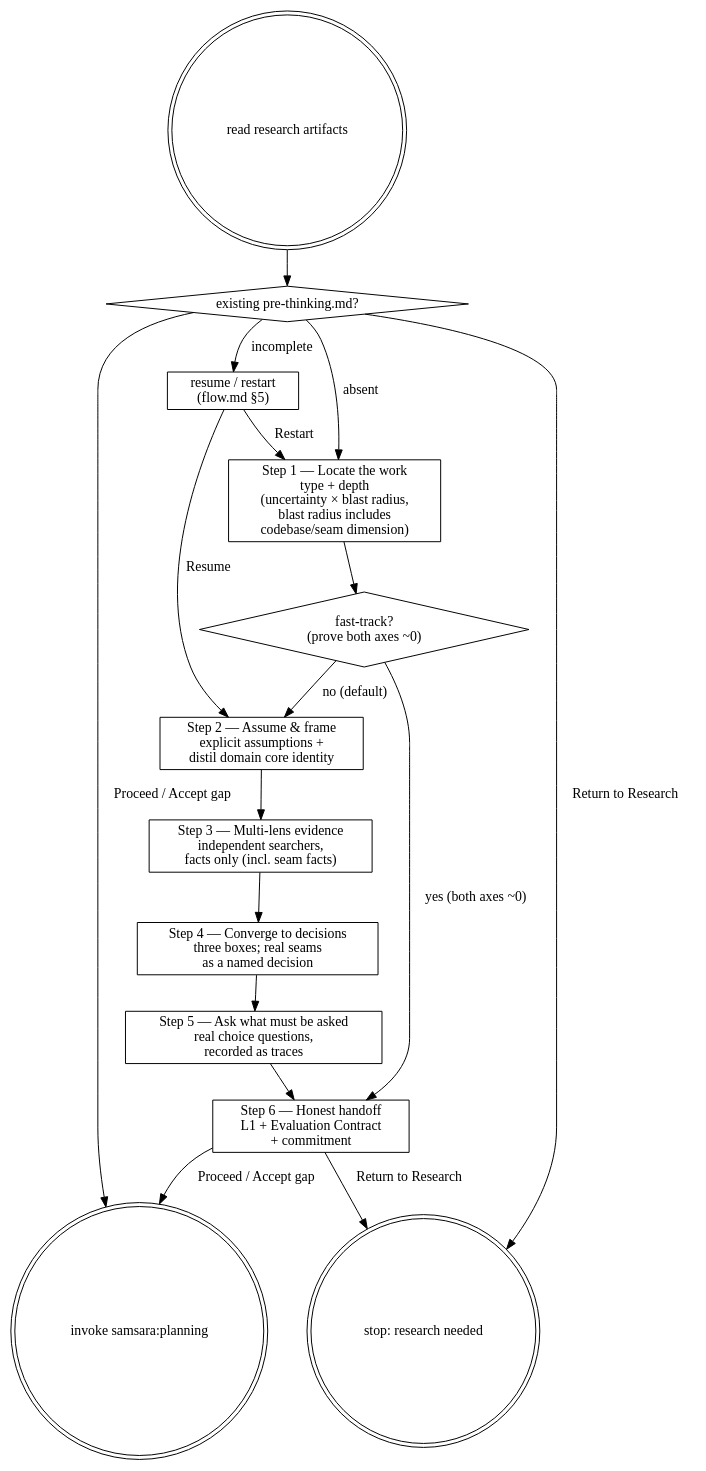
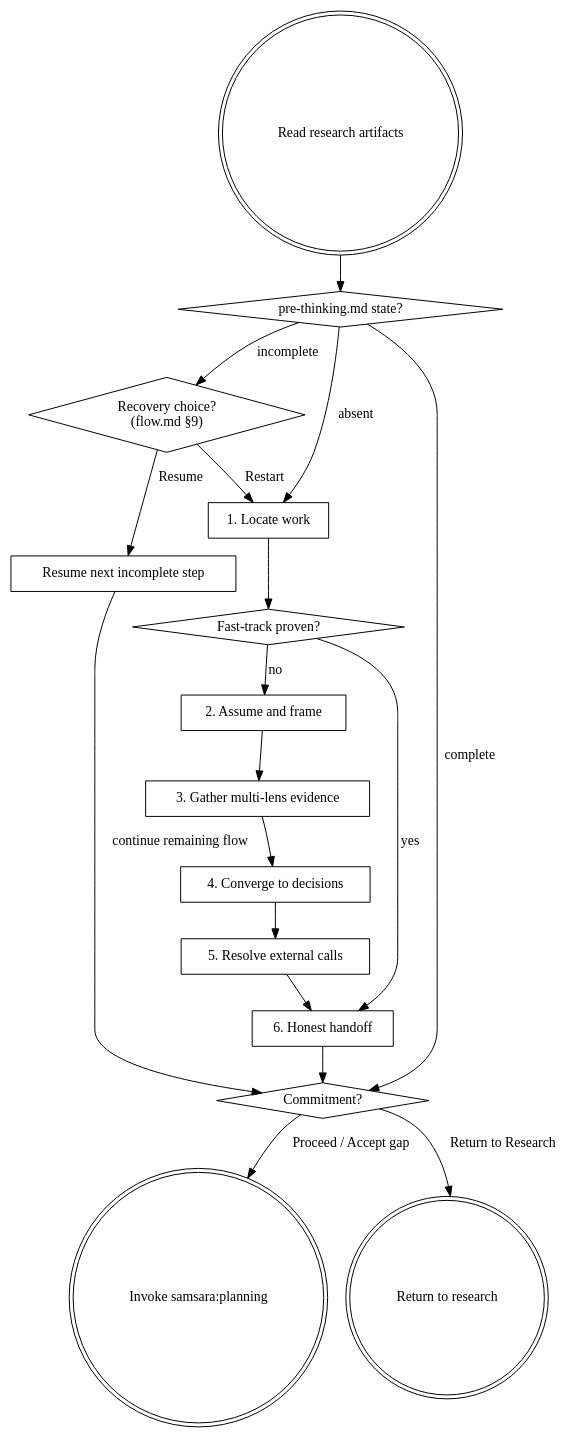
The diagram in skills/pre-thinking/SKILL.md (roymondliao/samsara), drawn with Graphviz before and after one commit. The commit also changed other lines of this file and 9 other files, not shown here.

Commit message:
refactor(pre-thinking): centralize dynamic workflow rules

````diff
--- a/skills/pre-thinking/SKILL.md
+++ b/skills/pre-thinking/SKILL.md
@@ -22,34 +29,33 @@
 ```dot
 digraph pre_thinking {
     node [shape=box];
-    start [label="read research artifacts" shape=doublecircle];
-    k3b [label="existing pre-thinking.md?" shape=diamond];
-    recover [label="resume / restart\n(flow.md §5)"];
-    s1 [label="Step 1 — Locate the work\ntype + depth\n(uncertainty × blast radius,\nblast radius includes\ncodebase/seam dimension)"];
-    ft [label="fast-track?\n(prove both axes ~0)" shape=diamond];
-    s2 [label="Step 2 — Assume & frame\nexplicit assumptions +\ndistil domain core identity"];
-    s3 [label="Step 3 — Multi-lens evidence\nindependent searchers,\nfacts only (incl. seam facts)"];
-    s4 [label="Step 4 — Converge to decisions\nthree boxes; real seams\nas a named decision"];
-    s5 [label="Step 5 — Ask what must be asked\nreal choice questions,\nrecorded as traces"];
-    s6 [label="Step 6 — Honest handoff\nL1 + Evaluation Contract\n+ commitment"];
-    planning [label="invoke samsara:planning" shape=doublecircle];
-    stop [label="stop: research needed" shape=doublecircle];
+    start [label="Read research artifacts" shape=doublecircle];
+    state [label="pre-thinking.md state?" shape=diamond];
+    recover [label="Recovery choice?\n(flow.md §9)" shape=diamond];
+    resume [label="Resume next incomplete step"];
+    locate [label="1. Locate work"];
+    fast [label="Fast-track proven?" shape=diamond];
+    frame [label="2. Assume and frame"];
+    evidence [label="3. Gather multi-lens evidence"];
+    decide [label="4. Converge to decisions"];
+    ask [label="5. Resolve external calls"];
+    handoff [label="6. Honest handoff"];
+    commitment [label="Commitment?" shape=diamond];
+    planning [label="Invoke samsara:planning" shape=doublecircle];
+    research [label="Return to research" shape=doublecircle];
 
-    start -> k3b;
-    k3b -> recover [label="incomplete"];
-    k3b -> planning [label="Proceed / Accept gap"];
-    k3b -> stop [label="Return to Research"];
-    k3b -> s1 [label="absent"];
-    recover -> s2 [label="Resume"];
-    recover -> s1 [label="Restart"];
-    s1 -> ft;
-    ft -> s6 [label="yes (both axes ~0)"];
-    ft -> s2 [label="no (default)"];
-    s2 -> s3;
-    s3 -> s4;
-    s4 -> s5;
-    s5 -> s6;
-    s6 -> planning [label="Proceed / Accept gap"];
-    s6 -> stop [label="Return to Research"];
+    start -> state;
+    state -> recover [label="incomplete"];
+    state -> locate [label="absent"];
+    state -> commitment [label="complete"];
+    recover -> locate [label="Restart"];
+    recover -> resume [label="Resume"];
+    resume -> commitment [label="continue remaining flow"];
+    locate -> fast;
+    fast -> handoff [label="yes"];
+    fast -> frame [label="no"];
+    frame -> evidence -> decide -> ask -> handoff -> commitment;
+    commitment -> planning [label="Proceed / Accept gap"];
+    commitment -> research [label="Return to Research"];
 }
 ```
````
